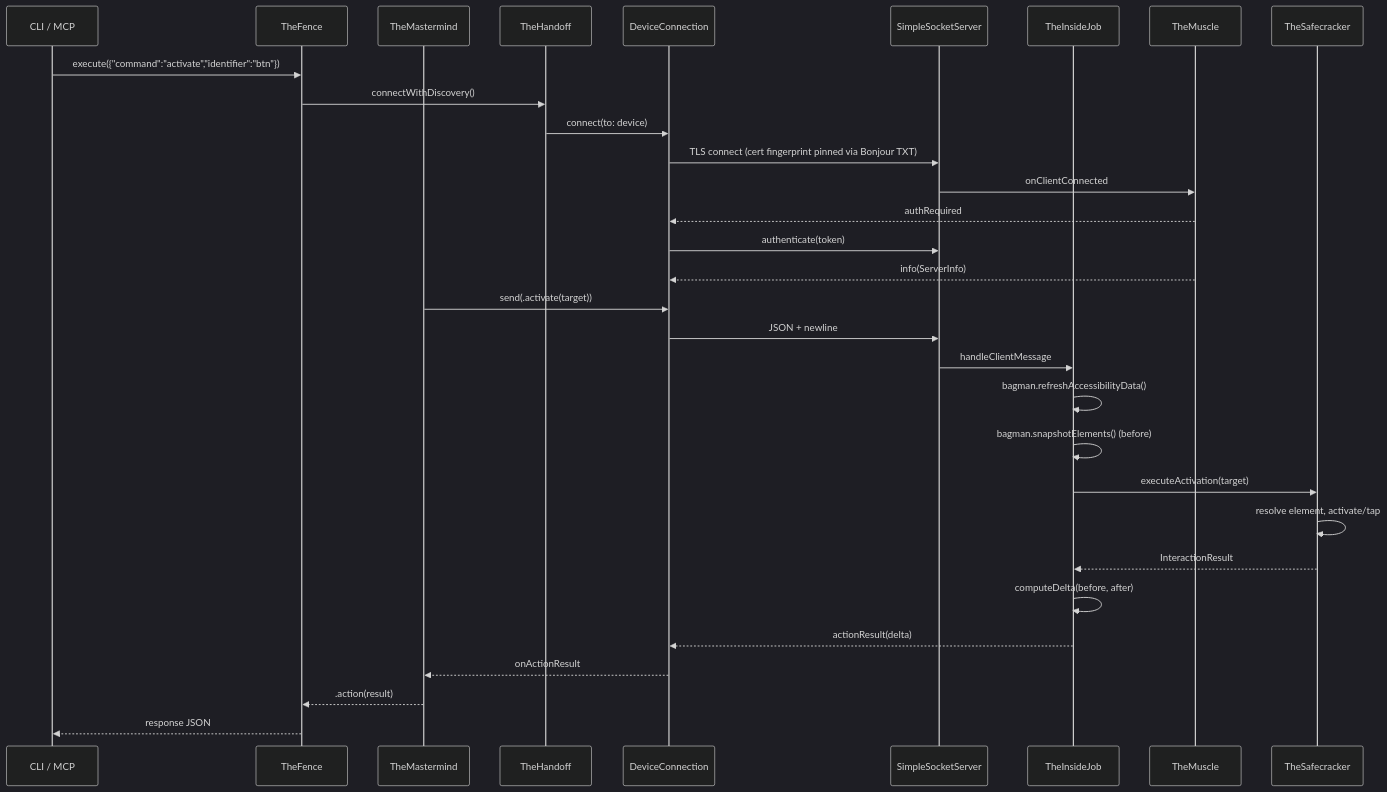
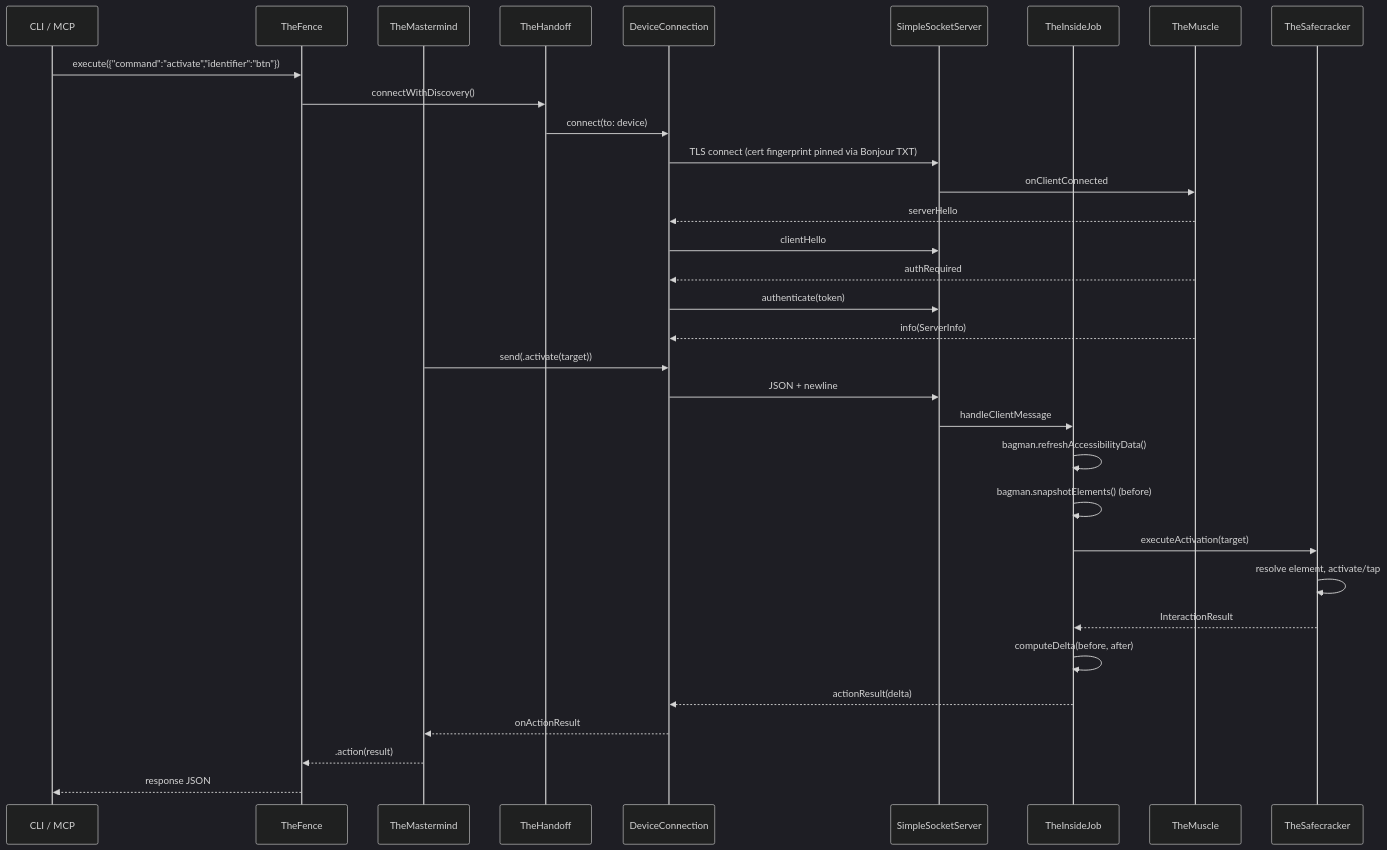
One commit to RoyalPineapple/TheButtonHeist changed the second of 2 diagrams in docs/dossiers/00-OVERVIEW.md. Above: the diagram before and after it, drawn with Mermaid (dark theme). The commit also changed 30 other files, not shown here.

````diff
--- a/docs/dossiers/00-OVERVIEW.md
+++ b/docs/dossiers/00-OVERVIEW.md
@@ -63,34 +63,36 @@
 ```mermaid
 sequenceDiagram
     participant CLI as CLI / MCP
     participant TF as TheFence
     participant TM as TheMastermind
     participant TH as TheHandoff
     participant DC as DeviceConnection
     participant SS as SimpleSocketServer
     participant IJ as TheInsideJob
     participant TM2 as TheMuscle
     participant TS as TheSafecracker
 
     CLI->>TF: execute({"command":"activate","identifier":"btn"})
     TF->>TH: connectWithDiscovery()
     TH->>DC: connect(to: device)
     DC->>SS: TLS connect (cert fingerprint pinned via Bonjour TXT)
     SS->>TM2: onClientConnected
+    TM2-->>DC: serverHello
+    DC->>SS: clientHello
     TM2-->>DC: authRequired
     DC->>SS: authenticate(token)
     TM2-->>DC: info(ServerInfo)
     TM->>DC: send(.activate(target))
     DC->>SS: JSON + newline
     SS->>IJ: handleClientMessage
     IJ->>IJ: bagman.refreshAccessibilityData()
     IJ->>IJ: bagman.snapshotElements() (before)
     IJ->>TS: executeActivation(target)
     TS->>TS: resolve element, activate/tap
     TS-->>IJ: InteractionResult
     IJ->>IJ: computeDelta(before, after)
     IJ-->>DC: actionResult(delta)
     DC-->>TM: onActionResult
     TM-->>TF: .action(result)
     TF-->>CLI: response JSON
 ```
````
